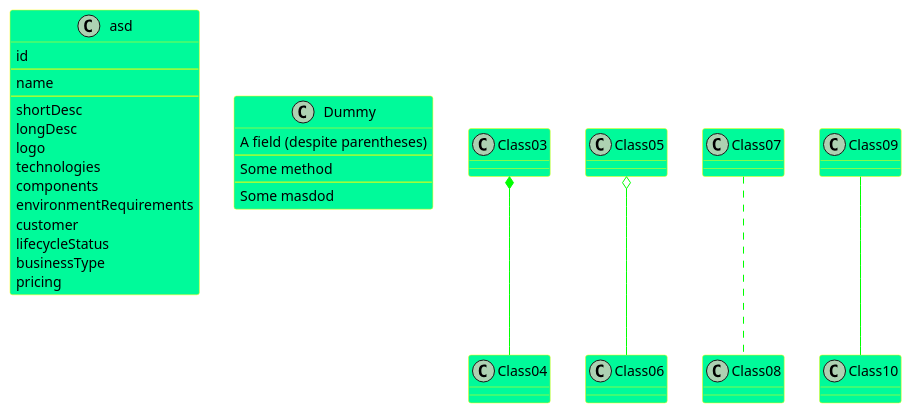
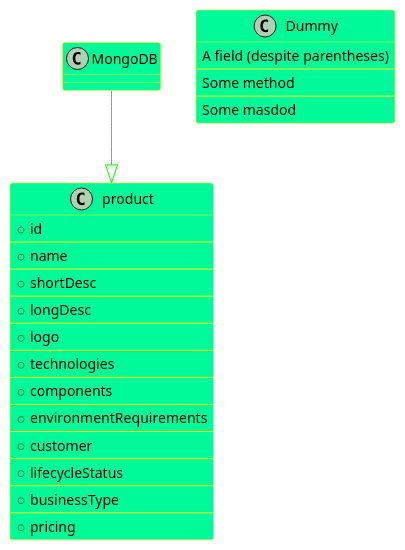
The eighth of 8 diagrams in dokumentit/02-vaatimusmaarittely/vaatimusmaarittely.md (martimik/TuHlaRi-core), drawn with PlantUML before and after one commit.

````diff
--- a/dokumentit/02-vaatimusmaarittely/vaatimusmaarittely.md
+++ b/dokumentit/02-vaatimusmaarittely/vaatimusmaarittely.md
@@ -490,50 +490,56 @@
 ```plantuml
 skinparam sequence {
 	ArrowColor GreenYellow
 	ActorBorderColor GreenYellow
 	ActorBackgroundColor SpringGreen
 	ActorFontColor Black
 	ActorFontSize 17
 	ActorFontName Aapex
 }
 
 skinparam class {
 	BackgroundColor MediumSpringGreen
 	BorderColor Yellow
 
 	ArrowColor Lime
 	ActorBorderColor black
 	ActorFontName Courier
 }
 
+MongoDB --|> product
 
-class asd {
-  id
-  --
-  name
-  --
-  shortDesc
-  longDesc
-  logo
-  technologies
-  components
-  environmentRequirements
-  customer
-  lifecycleStatus
-  businessType
-  pricing
+class product {
+ +id 
+--
+ + name
+--
+ + shortDesc
+--
+ + longDesc
+--
+ + logo
+--
+ + technologies
+--
+ + components
+--
+ + environmentRequirements
+--
+ + customer
+--
+ + lifecycleStatus
+--
+ + businessType
+--
+ + pricing
 }
 
 class Dummy {
   {field} A field (despite parentheses)
   --
   {field} Some method
   --
   {field} Some masdod
 }
 
-Class03 *-- Class04
-Class05 o-- Class06
-Class07 .. Class08
-Class09 -- Class10
 ```
````
